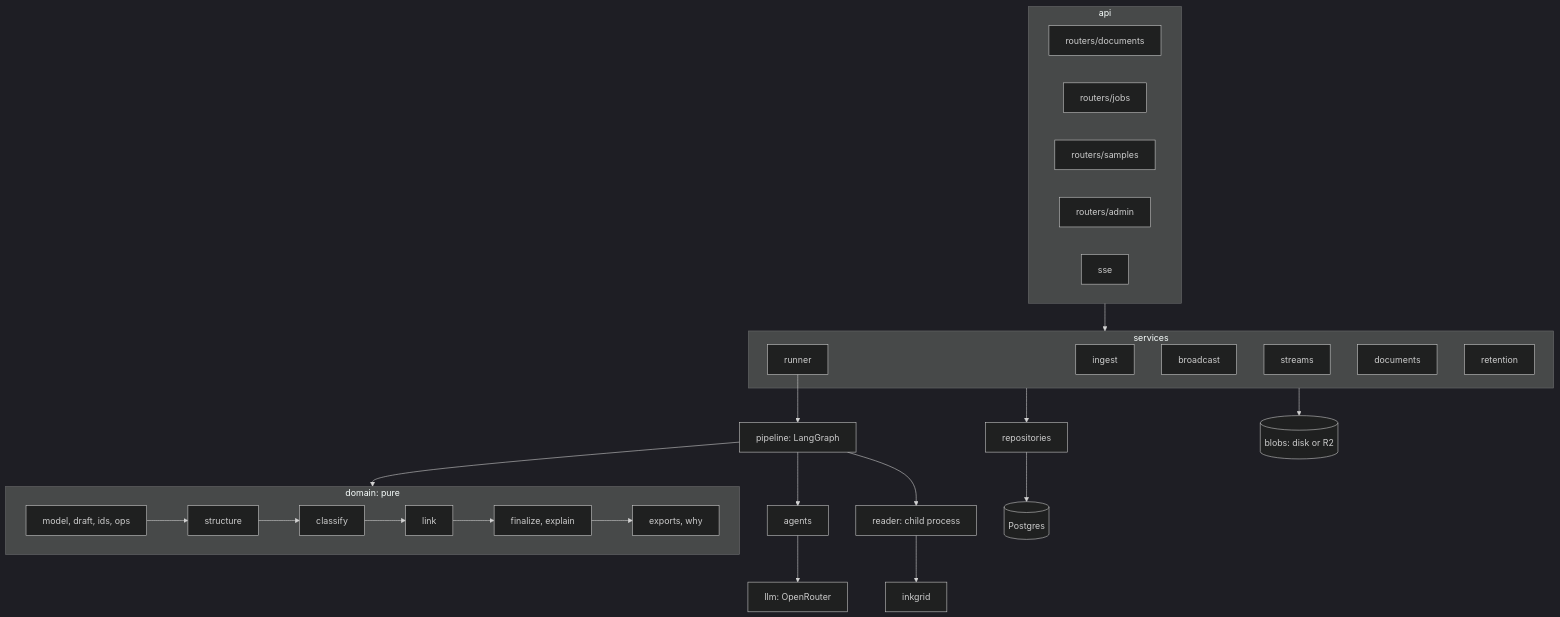
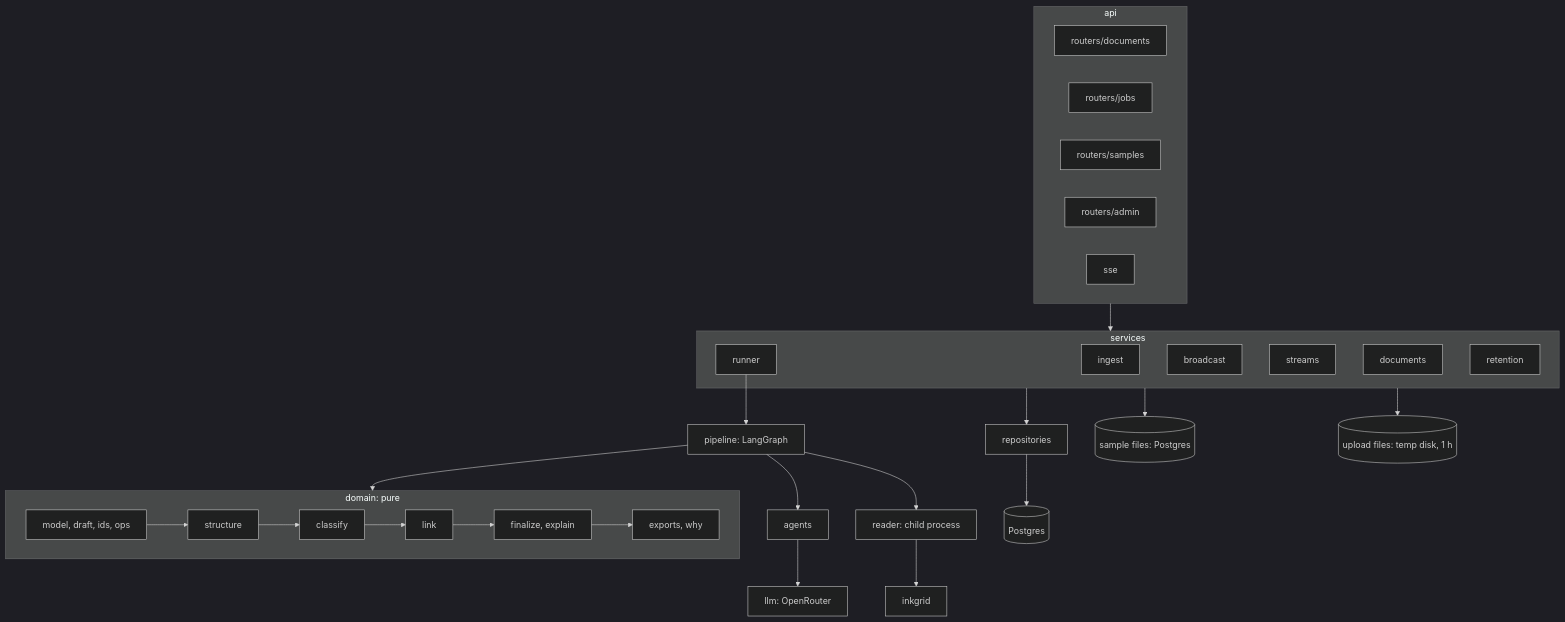
The diagram in docs/ARCHITECTURE.md (Abdul-Muizz1310/inkthread-backend), drawn with Mermaid (dark theme) before and after one commit. The commit also changed 28 other files, not shown here.

````diff
--- a/docs/ARCHITECTURE.md
+++ b/docs/ARCHITECTURE.md
@@ -3,20 +3,20 @@
 ```mermaid
 flowchart TB
   subgraph API[api]
     R1[routers/documents] & R2[routers/jobs] & R3[routers/samples] & R4[routers/admin] & SSE[sse]
   end
   subgraph SVC[services]
     ING[ingest] & RUN[runner] & BC[broadcast] & STR[streams] & DOC[documents] & RET[retention]
   end
   subgraph CORE[domain: pure]
     M[model, draft, ids, ops] --> S[structure] --> C[classify] --> L[link] --> F[finalize, explain]
     F --> X[exports, why]
   end
   API --> SVC
   RUN --> P[pipeline: LangGraph]
   P --> CORE
   P --> AG[agents] --> LLM[llm: OpenRouter]
   P --> RD[reader: child process] --> INK[inkgrid]
   SVC --> REPO[repositories] --> DB[(Postgres)]
-  SVC --> BL[(blobs: disk or R2)]
+  SVC --> BL[(sample files: Postgres)] & UP[(upload files: temp disk, 1 h)]
 ```
````
